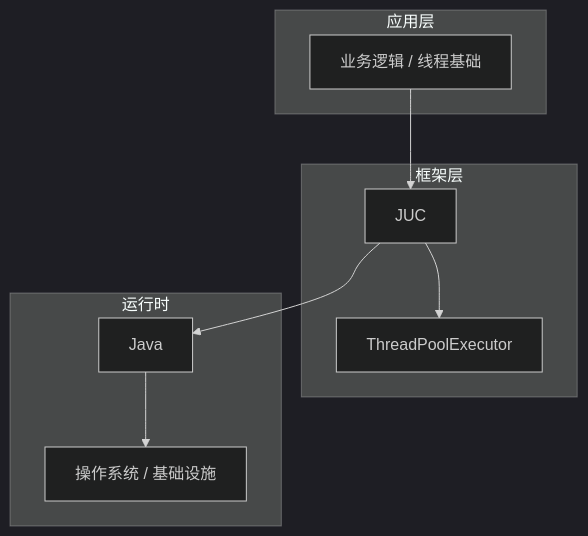
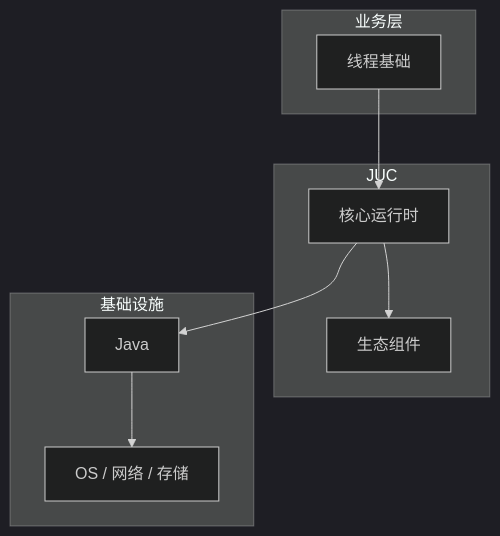
One commit to yanggan2015/knowledge-json-v2 changed the diagram in articles/Java并发/chapters/001-线程基础核心概念与原理.md. Above: the diagram before and after it, drawn with Mermaid (dark theme). The commit also changed other lines of this file and 10127 other files, not shown here.

````diff
--- a/articles/Java并发/chapters/001-线程基础核心概念与原理.md
+++ b/articles/Java并发/chapters/001-线程基础核心概念与原理.md
@@ -45,18 +34,18 @@
 ```mermaid
 graph TB
-    subgraph 应用层
-        A[业务逻辑 / 线程基础]
+    subgraph 业务层
+        A[线程基础]
     end
-    subgraph 框架层
-        B[JUC]
-        C[ThreadPoolExecutor]
+    subgraph JUC
+        B[核心运行时]
+        C[生态组件]
     end
-    subgraph 运行时
+    subgraph 基础设施
         D[Java]
-        E[操作系统 / 基础设施]
+        E[OS / 网络 / 存储]
     end
     A --> B
     B --> C
     B --> D
     D --> E
 ```
````
